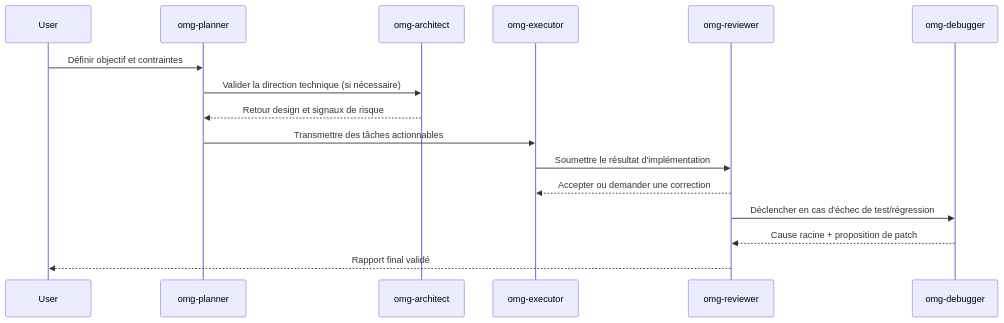
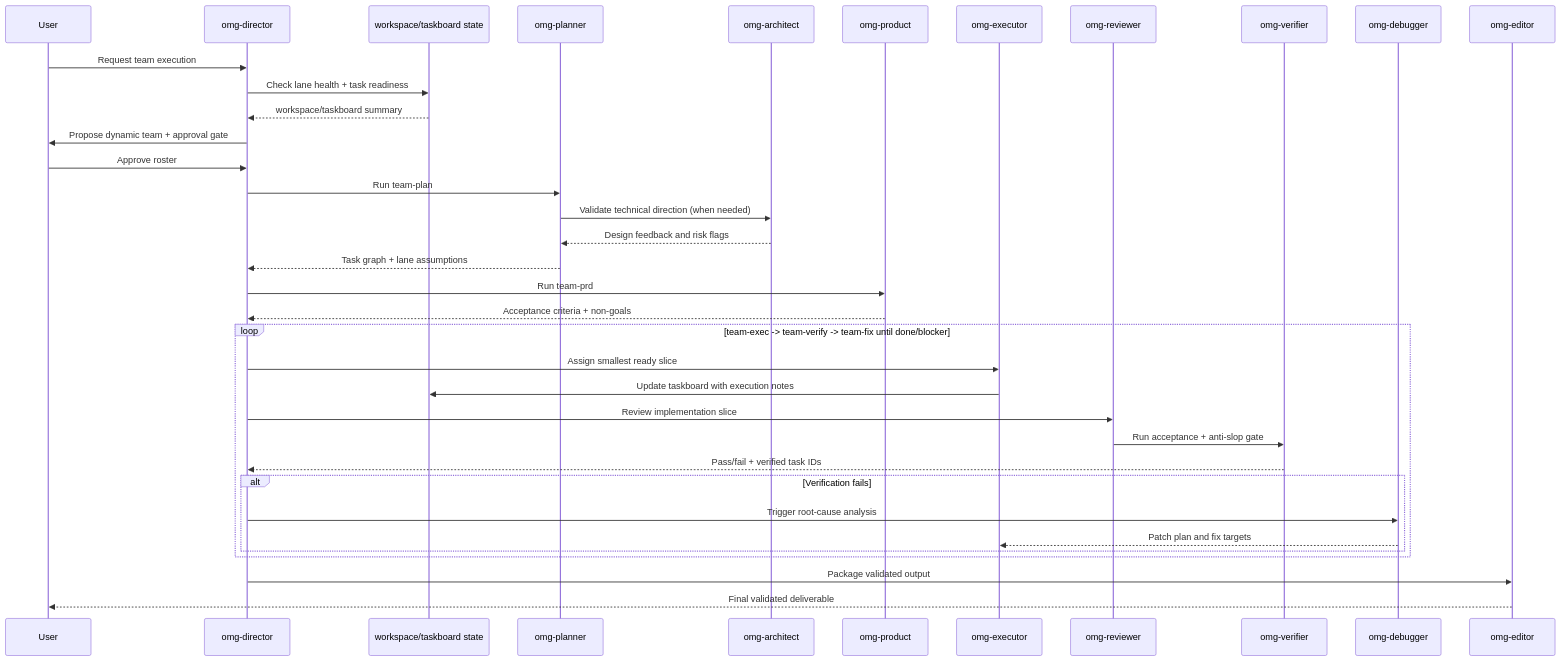
One commit to randi65535/oh-my-gemini-cli changed the second of 2 diagrams in docs/README_fr.md. Above: the diagram before and after it, drawn with Mermaid. The commit also changed other lines of this file and 3 other files, not shown here.

````diff
--- a/docs/README_fr.md
+++ b/docs/README_fr.md
@@ -64,19 +128,41 @@
 ```mermaid
 sequenceDiagram
     participant User
+    participant Director as omg-director
+    participant Workspace as workspace/taskboard state
     participant Planner as omg-planner
     participant Architect as omg-architect
+    participant Product as omg-product
     participant Executor as omg-executor
     participant Reviewer as omg-reviewer
+    participant Verifier as omg-verifier
     participant Debugger as omg-debugger
+    participant Editor as omg-editor
 
-    User->>Planner: Définir objectif et contraintes
-    Planner->>Architect: Valider la direction technique (si nécessaire)
-    Architect-->>Planner: Retour design et signaux de risque
-    Planner->>Executor: Transmettre des tâches actionnables
-    Executor->>Reviewer: Soumettre le résultat d'implémentation
-    Reviewer-->>Executor: Accepter ou demander une correction
-    Reviewer->>Debugger: Déclencher en cas d'échec de test/régression
-    Debugger-->>Reviewer: Cause racine + proposition de patch
-    Reviewer-->>User: Rapport final validé
+    User->>Director: Request team execution
+    Director->>Workspace: Check lane health + task readiness
+    Workspace-->>Director: workspace/taskboard summary
+    Director->>User: Propose dynamic team + approval gate
+    User->>Director: Approve roster
+    Director->>Planner: Run team-plan
+    Planner->>Architect: Validate technical direction (when needed)
+    Architect-->>Planner: Design feedback and risk flags
+    Planner-->>Director: Task graph + lane assumptions
+    Director->>Product: Run team-prd
+    Product-->>Director: Acceptance criteria + non-goals
+
+    loop team-exec -> team-verify -> team-fix until done/blocker
+        Director->>Executor: Assign smallest ready slice
+        Executor->>Workspace: Update taskboard with execution notes
+        Director->>Reviewer: Review implementation slice
+        Reviewer->>Verifier: Run acceptance + anti-slop gate
+        Verifier-->>Director: Pass/fail + verified task IDs
+        alt Verification fails
+            Director->>Debugger: Trigger root-cause analysis
+            Debugger-->>Executor: Patch plan and fix targets
+        end
+    end
+
+    Director->>Editor: Package validated output
+    Editor-->>User: Final validated deliverable
 ```
````
